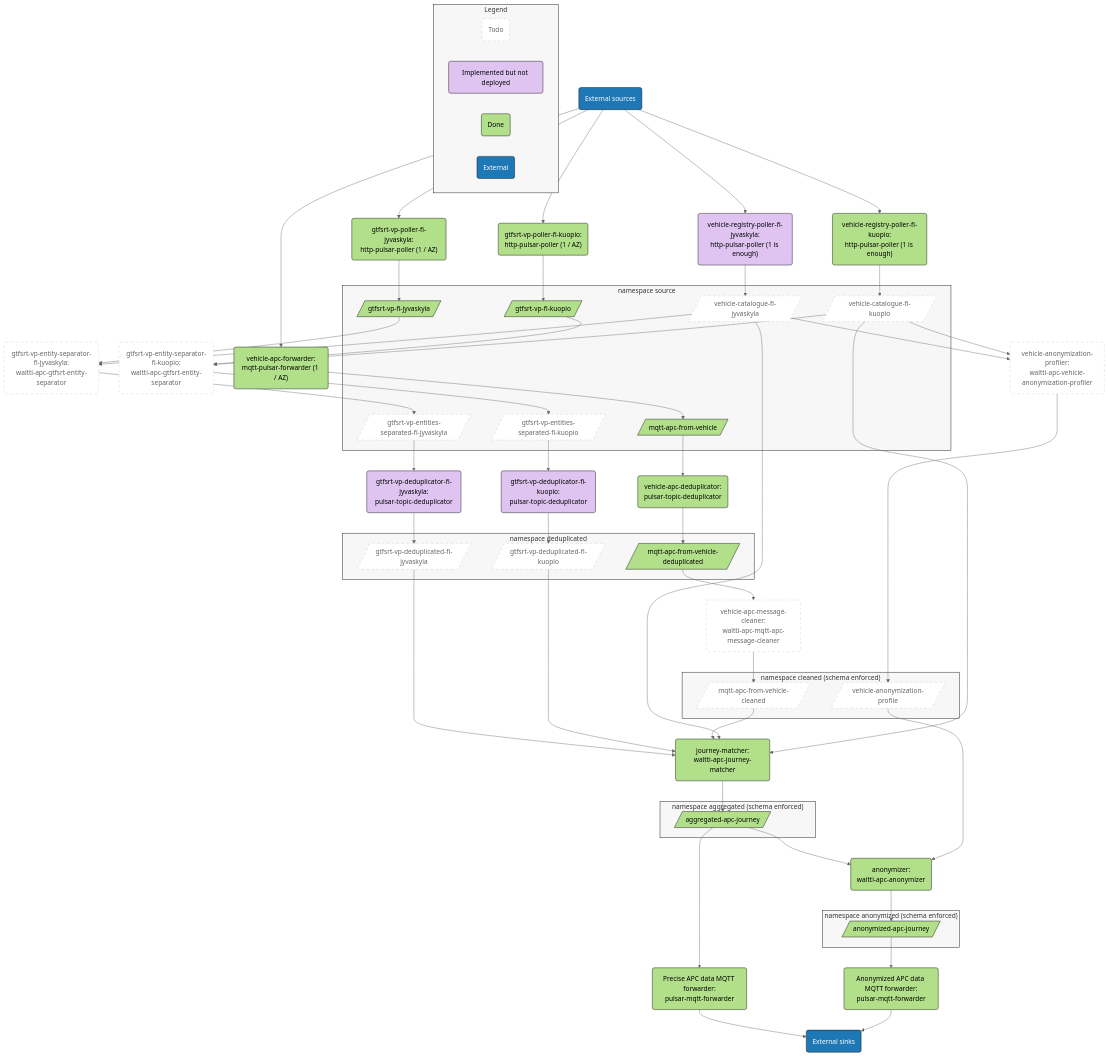
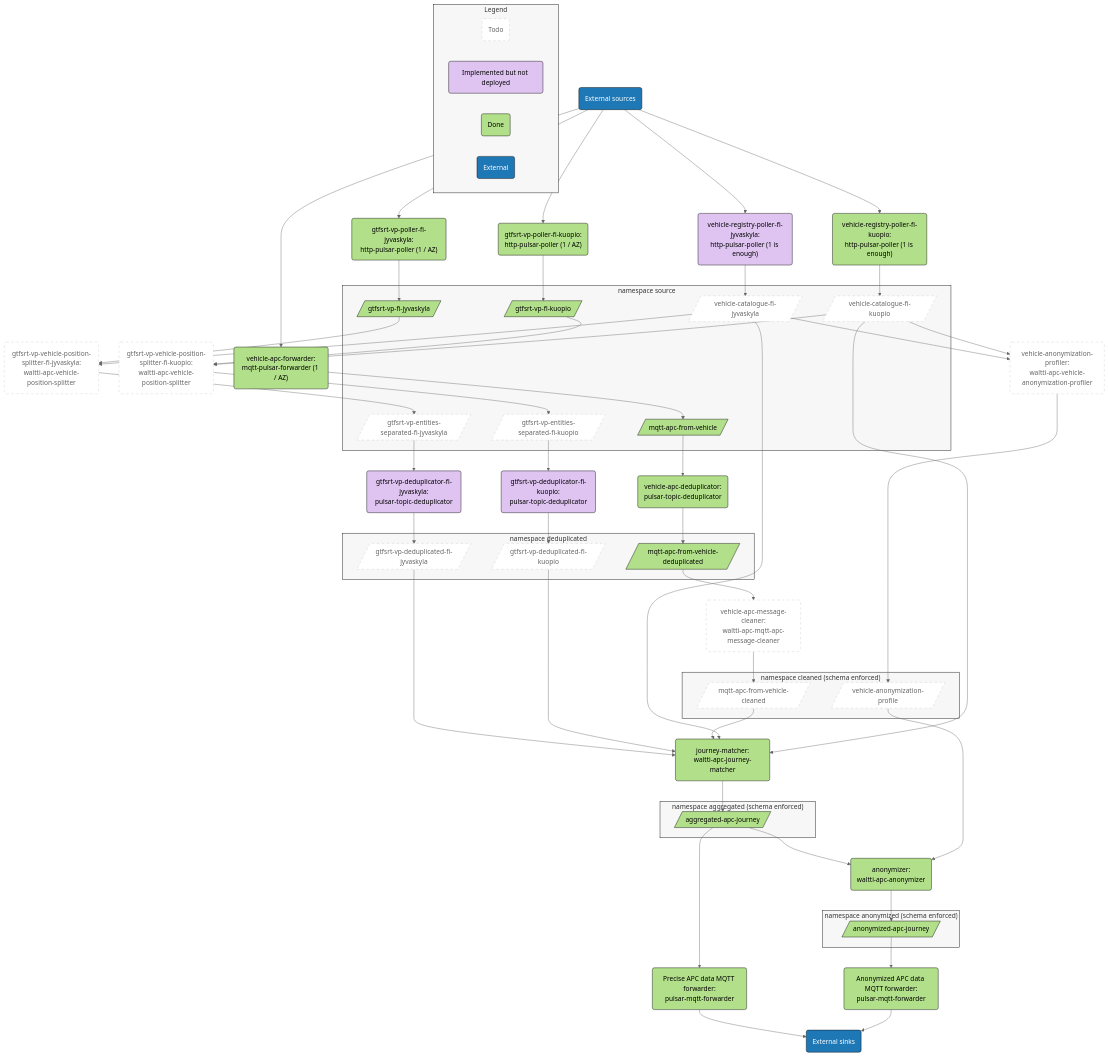
Before and after one commit to tvv-lippu-ja-maksujarjestelma-oy/waltti-apc: the second of 2 diagrams in README.md, drawn with Mermaid (neutral theme). The commit also changed other lines of this file, not shown here.

Commit message:
Added vehicle-positon-splitter to README.md

```diff
--- a/README.md
+++ b/README.md
@@ -114,8 +114,8 @@
   externalsources("External sources")
   gtfsrtentitydeduplicatorfijyvaskyla("gtfsrt-vp-deduplicator-fi-jyvaskyla:<br/>pulsar-topic-deduplicator")
   gtfsrtentitydeduplicatorfikuopio("gtfsrt-vp-deduplicator-fi-kuopio:<br/>pulsar-topic-deduplicator")
-  gtfsrtentityseparatorfijyvaskyla("gtfsrt-vp-entity-separator-fi-jyvaskyla:<br/>waltti-apc-gtfsrt-entity-separator")
-  gtfsrtentityseparatorfikuopio("gtfsrt-vp-entity-separator-fi-kuopio:<br/>waltti-apc-gtfsrt-entity-separator")
+  gtfsrtentityseparatorfijyvaskyla("gtfsrt-vp-vehicle-position-splitter-fi-jyvaskyla:<br/>waltti-apc-vehicle-position-splitter")
+  gtfsrtentityseparatorfikuopio("gtfsrt-vp-vehicle-position-splitter-fi-kuopio:<br/>waltti-apc-vehicle-position-splitter")
   gtfsrtpollerfijyvaskyla("gtfsrt-vp-poller-fi-jyvaskyla:<br/>http-pulsar-poller (1 / AZ)")
   httppulsarpollerfikuopio("gtfsrt-vp-poller-fi-kuopio:<br/>http-pulsar-poller (1 / AZ)")
   matcher("journey-matcher:<br/>waltti-apc-journey-matcher")
```
